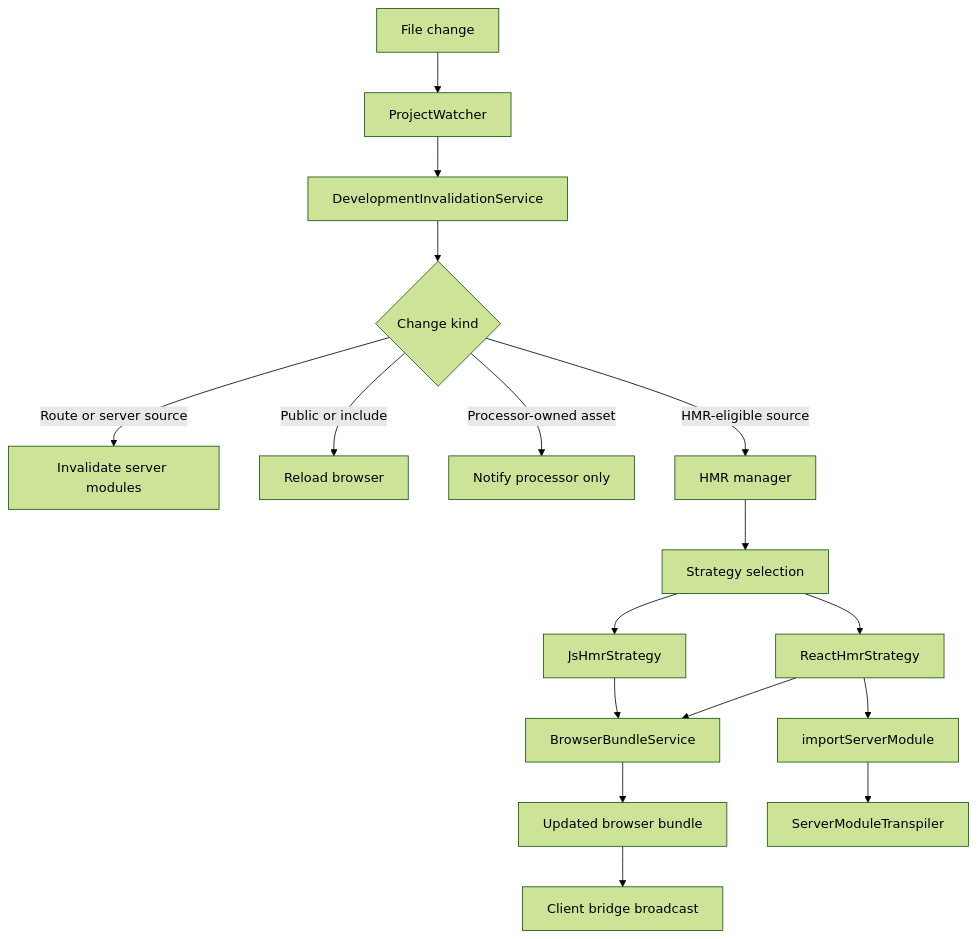
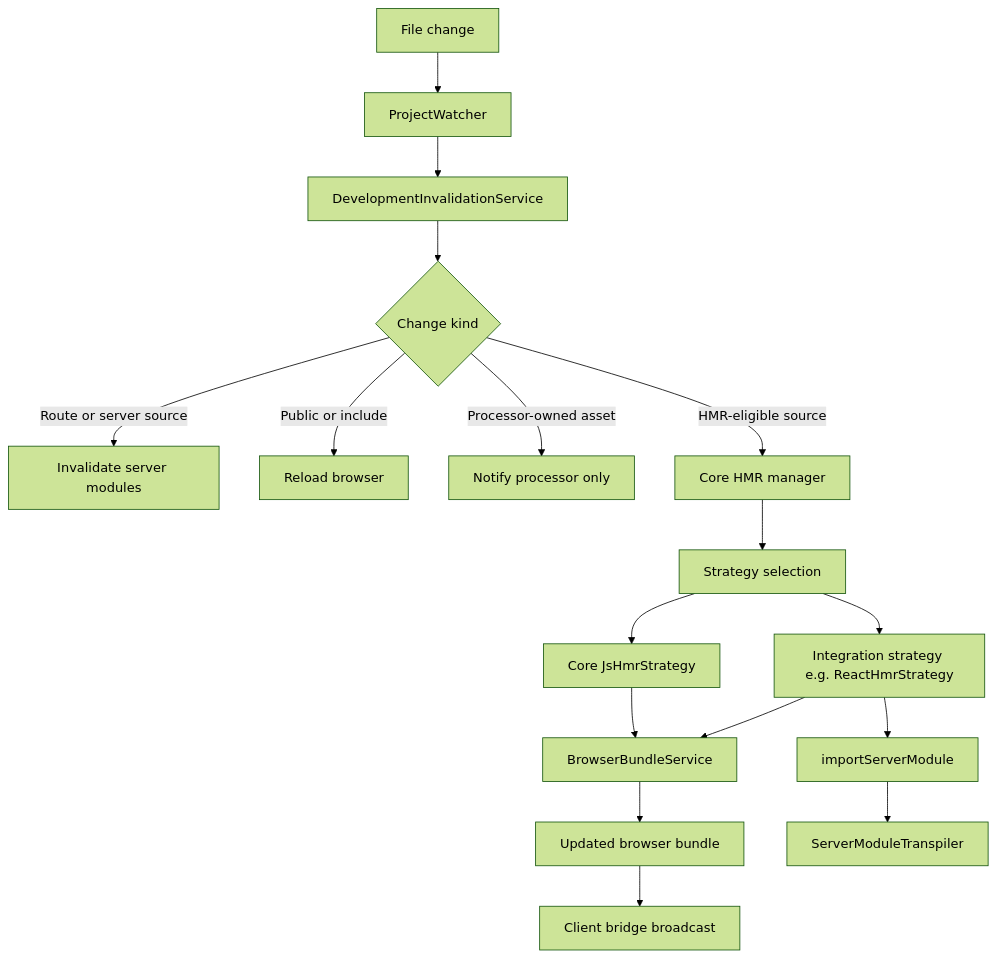
The second of 2 diagrams in packages/core/README.md (ecopages/ecopages), drawn with Mermaid (forest theme) before and after one commit. The commit also changed other lines of this file and 42 other files, not shown here.

````diff
--- a/packages/core/README.md
+++ b/packages/core/README.md
@@ -50,19 +50,19 @@
 ```mermaid
 flowchart TD
 	A[File change] --> B[ProjectWatcher]
 	B --> C[DevelopmentInvalidationService]
 	C --> D{Change kind}
 	D -->|Route or server source| E[Invalidate server modules]
 	D -->|Public or include| F[Reload browser]
 	D -->|Processor-owned asset| G[Notify processor only]
-	D -->|HMR-eligible source| H[HMR manager]
+	D -->|HMR-eligible source| H[Core HMR manager]
 	H --> I[Strategy selection]
-	I --> J[JsHmrStrategy]
-	I --> K[ReactHmrStrategy]
+	I --> J[Core JsHmrStrategy]
+	I --> K[Integration strategy e.g. ReactHmrStrategy]
 	J --> L[BrowserBundleService]
 	K --> L
 	K --> M[importServerModule]
 	M --> N[ServerModuleTranspiler]
 	L --> O[Updated browser bundle]
 	O --> P[Client bridge broadcast]
 ```
````
